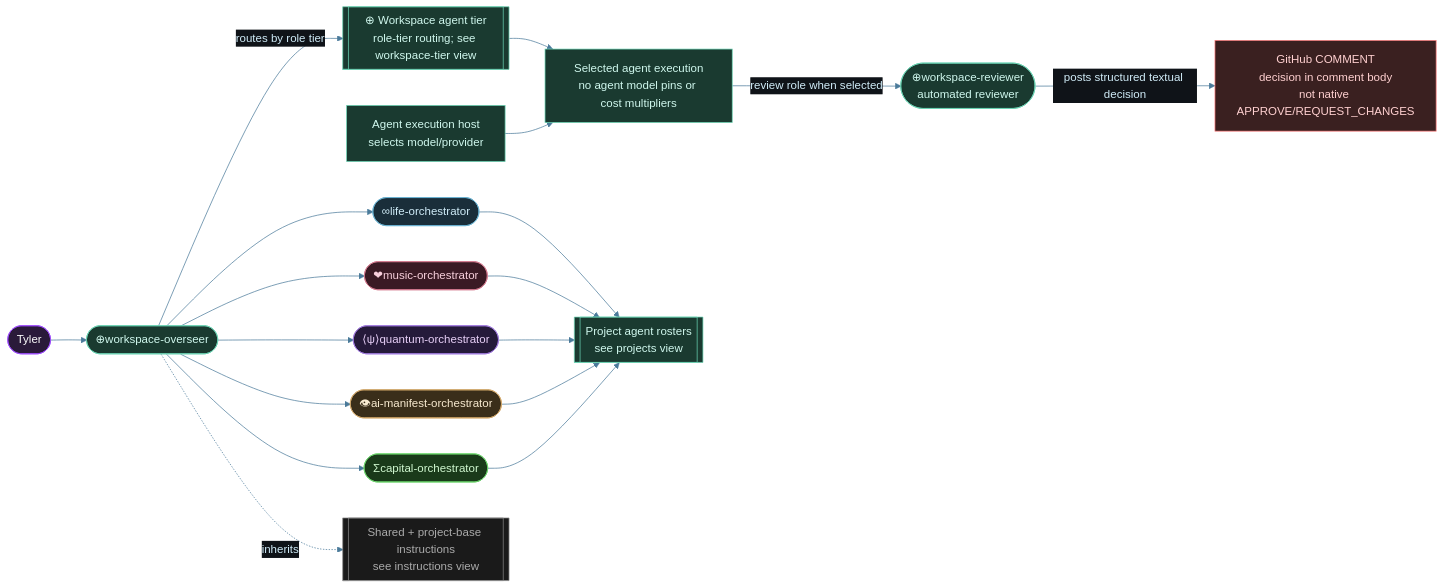
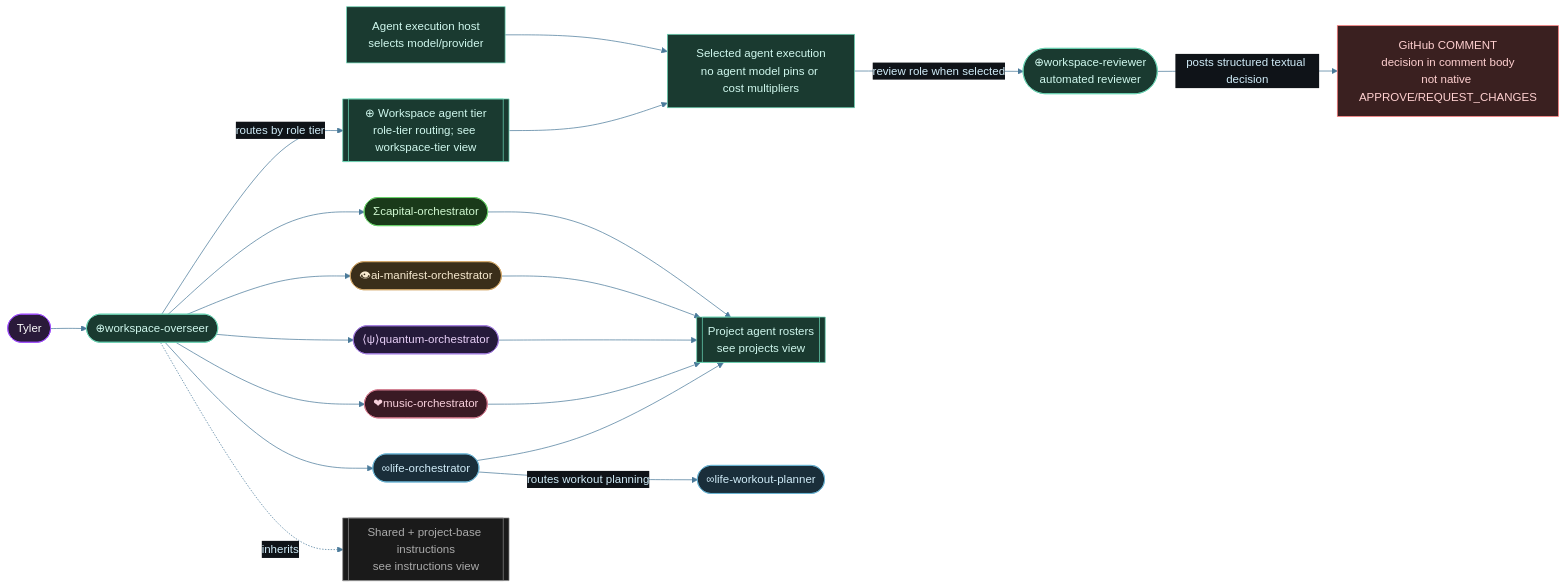
One commit to tylerdrakemusic/-Workspace changed the diagram in diagrams/workspace-agent-topology.mmd. Above: the diagram before and after it, drawn with Mermaid. The commit also changed 1 other file, not shown here.

Commit message:
⊕ workspace: FR-20261024-workout-planner-topology-sync sync topology diagrams

```diff
--- a/diagrams/workspace-agent-topology.mmd
+++ b/diagrams/workspace-agent-topology.mmd
@@ -1,31 +1,33 @@
 %%{init: {'theme': 'base', 'themeVariables': {'primaryColor': '#1a2e3a', 'primaryTextColor': '#d0ecf8', 'edgeLabelBackground': '#0f1318', 'lineColor': '#4a7a9a'}}}%%
 %% Agent inventory contract: every .github/agents/*.agent.md stem is represented across this
 %% orientation parent and its derived views (workspace-tier, projects, instructions).
 %% Agent stems: ⊕workspace-architecture-beautifier, ⊕workspace-architecture-reviewer, ⊕workspace-architecture-reviewer-light, ⊕workspace-bench-analyzer, ⊕workspace-ci, ⊕workspace-dashboards, ⊕workspace-discovery, ⊕workspace-doer, ⊕workspace-gen-qee, ⊕workspace-hygiene, ⊕workspace-intake, ⊕workspace-overseer, ⊕workspace-protector, ⊕workspace-qa-heavy, ⊕workspace-qa-light, ⊕workspace-qa, ⊕workspace-reviewer-heavy, ⊕workspace-reviewer-light, ⊕workspace-reviewer, ⊕workspace-security, ⊕workspace-tdd-heavy, ⊕workspace-tdd-light, ⊕workspace-tdd-standard
 %% Derived views: workspace-agent-topology-workspace-tier.mmd, workspace-agent-topology-projects.mmd, workspace-agent-topology-instructions.mmd
 graph LR
     Tyler([Tyler]) --> Overseer(["⊕workspace-overseer"]):::ws
     Overseer -->|routes by role tier| WSTier[["⊕ Workspace agent tier<br/>role-tier routing; see workspace-tier view"]]:::ws
     WSTier --> AgentExecution[Selected agent execution<br/>no agent model pins or cost multipliers]:::ws
     ExecutionHost[Agent execution host<br/>selects model/provider]:::ws --> AgentExecution
     AgentExecution -->|review role when selected| AutoReviewer(["⊕workspace-reviewer<br/>automated reviewer"]):::ws
     AutoReviewer -->|posts structured textual decision| GitHubComment[GitHub COMMENT<br/>decision in comment body<br/>not native APPROVE/REQUEST_CHANGES]:::ext
     Overseer --> LifeOrch(["∞life-orchestrator"]):::life & MusicOrch(["❤music-orchestrator"]):::music & QuantumOrch(["⟨ψ⟩quantum-orchestrator"]):::quantum & ManifestOrch(["👁ai-manifest-orchestrator"]):::manifest & CapitalOrch(["Σcapital-orchestrator"]):::capital
     LifeOrch --> Rosters[["Project agent rosters<br/>see projects view"]]:::ws
     MusicOrch --> Rosters
     QuantumOrch --> Rosters
     ManifestOrch --> Rosters
     CapitalOrch --> Rosters
     Overseer -.->|inherits| Instr[["Shared + project-base instructions<br/>see instructions view"]]:::instr
+    LifeWorkoutPlanner(["∞life-workout-planner"]):::life
+    LifeOrch -->|routes workout planning| LifeWorkoutPlanner
 
     class Tyler tyler
 
 classDef life     fill:#1a2e3a,stroke:#6ab4d4,color:#d0ecf8
 classDef music    fill:#3a1a24,stroke:#d47a8f,color:#f8d0dc
 classDef quantum  fill:#251a3a,stroke:#a07adf,color:#e8d0f8
 classDef manifest fill:#3a2e1a,stroke:#d4a96a,color:#f8ead0
 classDef capital  fill:#1a3a1a,stroke:#6ad46a,color:#d0f8d0
 classDef ws       fill:#1a3a30,stroke:#6ad4b4,color:#d0f8ee
 classDef tyler    fill:#2a1a3a,stroke:#9e4aff,color:#fff
 classDef instr    fill:#1a1a1a,stroke:#888,color:#aaa
 classDef ext      fill:#3a2020,stroke:#ff7a7a,color:#ffd0d0
```
